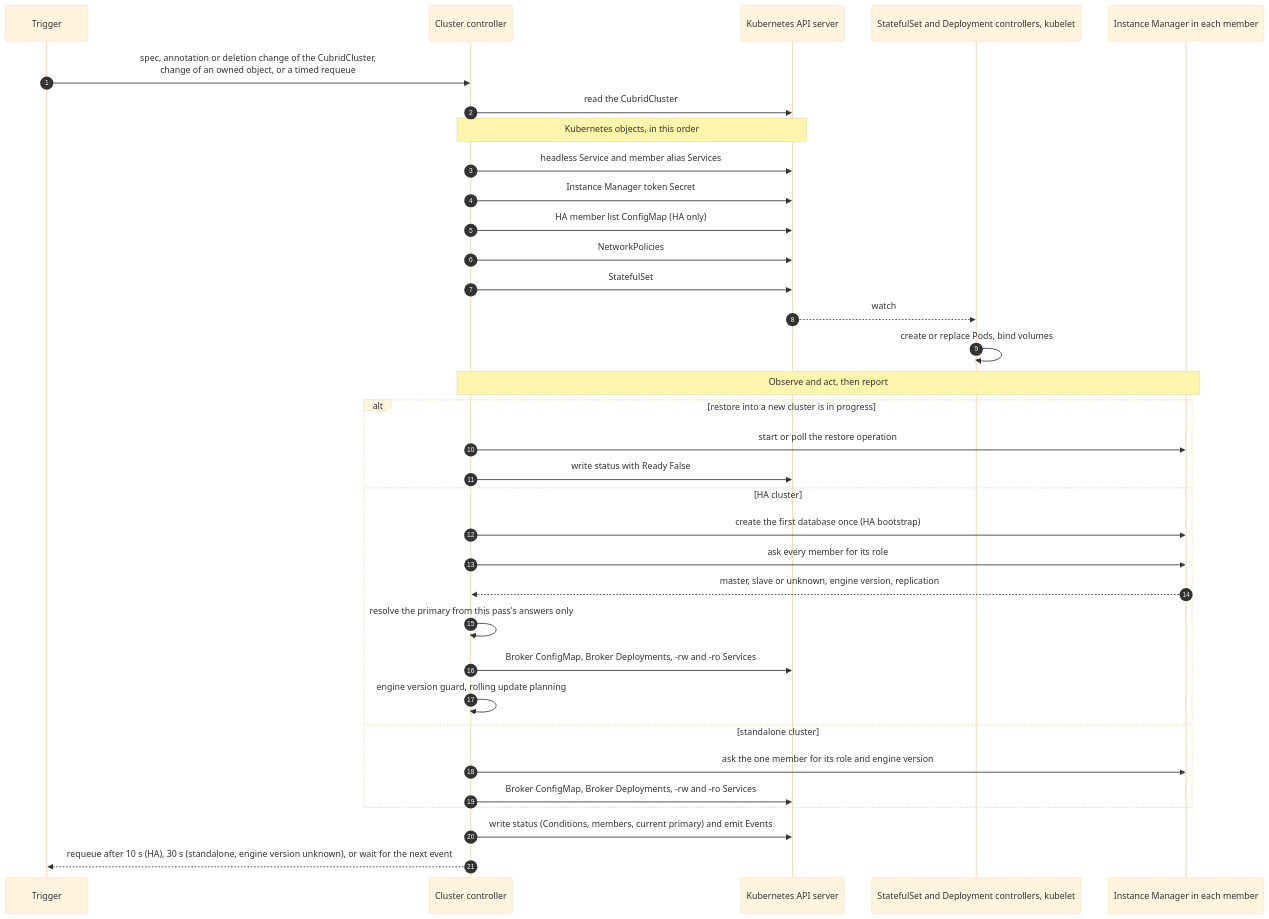
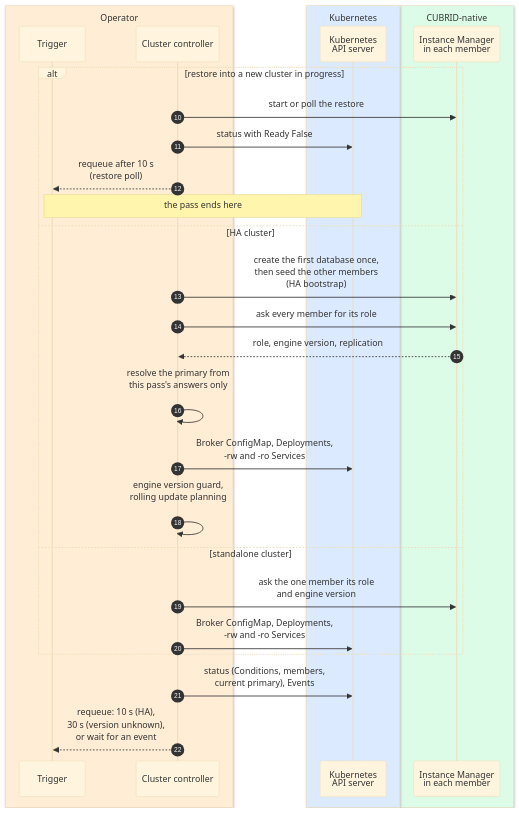
One commit to cubrid-lab/cubrid-kubernetes-operator changed the second of 3 diagrams in docs/architecture/reconciliation.md. Above: the diagram before and after it, drawn with Mermaid (base theme). The commit also changed other lines of this file and 4 other files, not shown here.

First line of the commit message:
docs(architecture): make the diagrams readable on GitHub and cite code by symbol (#653)

````diff
--- a/docs/architecture/reconciliation.md
+++ b/docs/architecture/reconciliation.md
@@ -23,37 +58,34 @@
 ```mermaid
+%%{init: {"sequence": {"actorMargin": 30, "width": 120}}}%%
 sequenceDiagram
-    autonumber
-    participant T as Trigger
-    participant CC as Cluster controller
-    participant API as Kubernetes API server
-    participant K8S as StatefulSet and Deployment controllers, kubelet
-    participant IM as Instance Manager in each member
+    autonumber 10
+    box rgb(255,237,213) Operator
+        participant T as Trigger
+        participant CC as Cluster controller
+    end
+    box rgb(219,234,254) Kubernetes
+        participant API as Kubernetes<br/>API server
+    end
+    box rgb(220,252,231) CUBRID-native
+        participant IM as Instance Manager<br/>in each member
+    end
 
-    T->>CC: spec, annotation or deletion change of the CubridCluster,<br/>change of an owned object, or a timed requeue
-    CC->>API: read the CubridCluster
-    Note over CC,API: Kubernetes objects, in this order
-    CC->>API: headless Service and member alias Services
-    CC->>API: Instance Manager token Secret
-    CC->>API: HA member list ConfigMap (HA only)
-    CC->>API: NetworkPolicies
-    CC->>API: StatefulSet
-    API-->>K8S: watch
-    K8S->>K8S: create or replace Pods, bind volumes
-    Note over CC,IM: Observe and act, then report
-    alt restore into a new cluster is in progress
-        CC->>IM: start or poll the restore operation
-        CC->>API: write status with Ready False
+    alt restore into a new cluster in progress
+        CC->>IM: start or poll the restore
+        CC->>API: status with Ready False
+        CC-->>T: requeue after 10 s<br/>(restore poll)
+        Note over T,API: the pass ends here
     else HA cluster
-        CC->>IM: create the first database once (HA bootstrap)
+        CC->>IM: create the first database once,<br/>then seed the other members<br/>(HA bootstrap)
         CC->>IM: ask every member for its role
-        IM-->>CC: master, slave or unknown, engine version, replication
-        CC->>CC: resolve the primary from this pass's answers only
-        CC->>API: Broker ConfigMap, Broker Deployments, -rw and -ro Services
-        CC->>CC: engine version guard, rolling update planning
+        IM-->>CC: role, engine version, replication
+        CC->>CC: resolve the primary from<br/>this pass's answers only<br/>#nbsp;
+        CC->>API: Broker ConfigMap, Deployments,<br/>-rw and -ro Services
+        CC->>CC: engine version guard,<br/>rolling update planning<br/>#nbsp;
     else standalone cluster
-        CC->>IM: ask the one member for its role and engine version
-        CC->>API: Broker ConfigMap, Broker Deployments, -rw and -ro Services
+        CC->>IM: ask the one member its role<br/>and engine version
+        CC->>API: Broker ConfigMap, Deployments,<br/>-rw and -ro Services
     end
-    CC->>API: write status (Conditions, members, current primary) and emit Events
-    CC-->>T: requeue after 10 s (HA), 30 s (standalone, engine version unknown), or wait for the next event
+    CC->>API: status (Conditions, members,<br/>current primary), Events
+    CC-->>T: requeue: 10 s (HA),<br/>30 s (version unknown),<br/>or wait for an event
 ```
````
